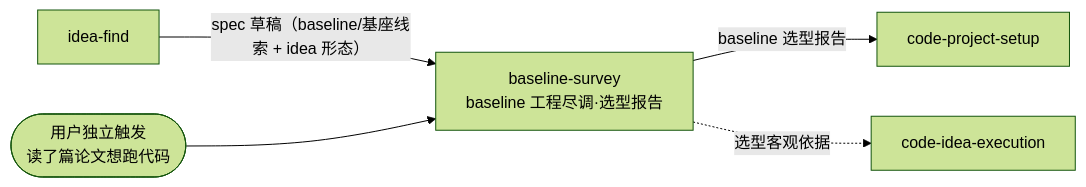
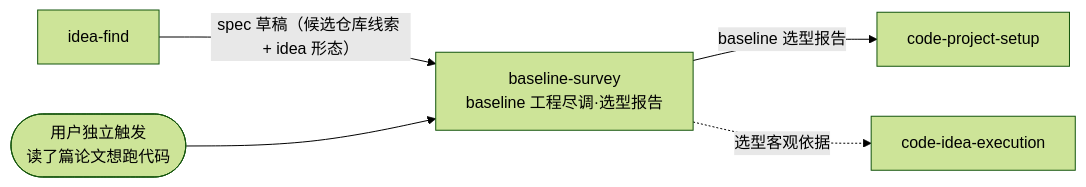
Before and after one commit to jackwang0108/dl-assistant: the first of 2 diagrams in plugins/dl-assistant/skills/baseline-survey/SKILL.md, drawn with Mermaid (forest theme). The commit also changed other lines of this file and 143 other files, not shown here.

````diff
--- a/plugins/dl-assistant/skills/baseline-survey/SKILL.md
+++ b/plugins/dl-assistant/skills/baseline-survey/SKILL.md
@@ -49,8 +51,8 @@
 ```mermaid
 flowchart LR
-    IF[idea-find] -->|spec 草稿（baseline/基座线索 + idea 形态）| BS
+    IF[idea-find] -->|spec 草稿（候选仓库线索 + idea 形态）| BS
     USER(["用户独立触发<br/>读了篇论文想跑代码"]) --> BS
     BS["baseline-survey<br/>baseline 工程尽调·选型报告"]
     BS -->|baseline 选型报告| CPS[code-project-setup]
     BS -.->|选型客观依据| EX["code-idea-execution"]
 ```
````
